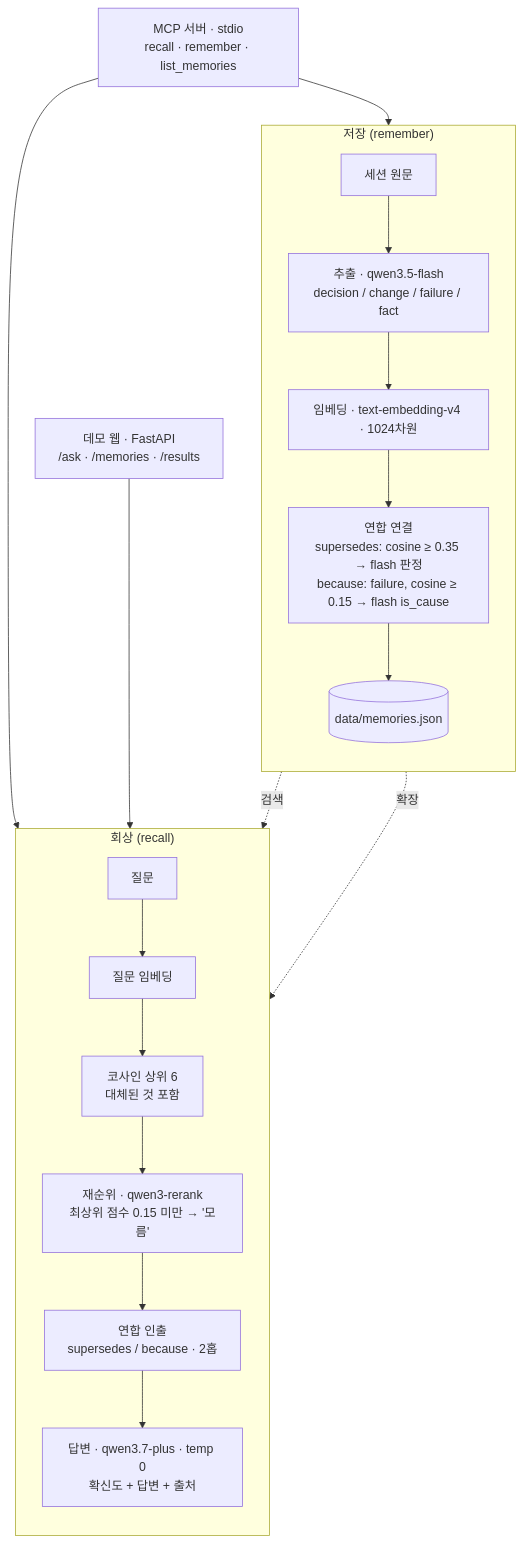
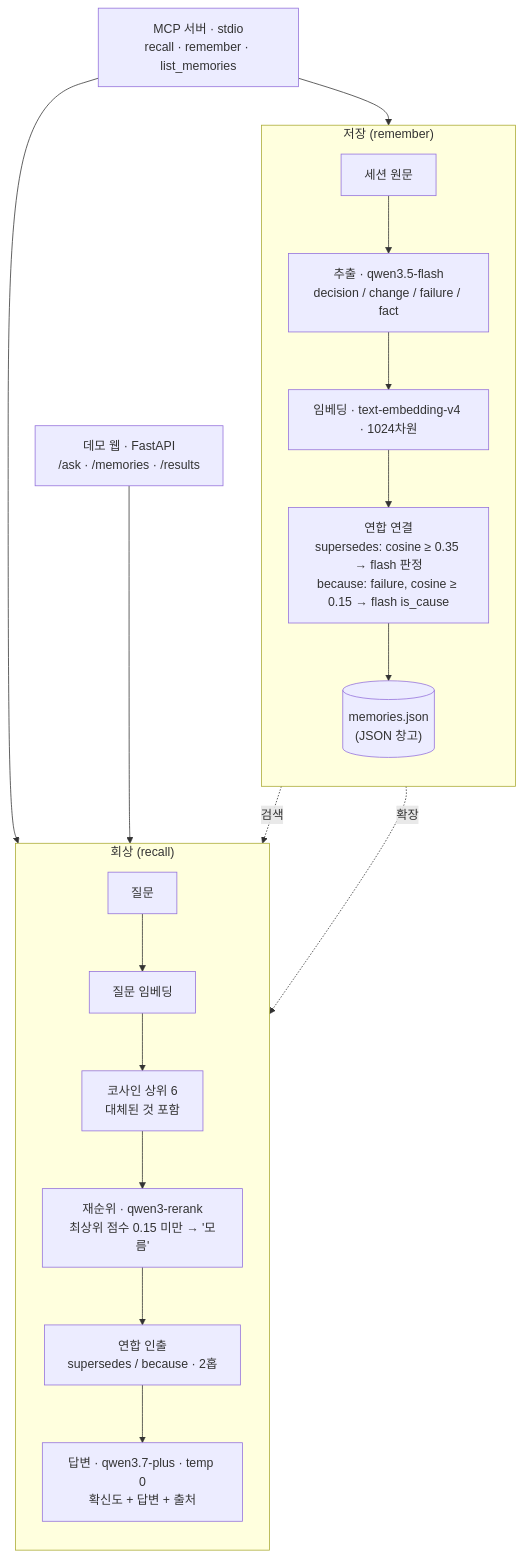
One commit to jsiksn/mnemosure changed the diagram in README.ko.md. Above: the diagram before and after it, drawn with Mermaid. The commit also changed other lines of this file and 14 other files, not shown here.

````diff
--- a/README.ko.md
+++ b/README.ko.md
@@ -24,28 +24,28 @@
 ```mermaid
 flowchart TB
     MCP["MCP 서버 · stdio<br/>recall · remember · list_memories"]
     WEB["데모 웹 · FastAPI<br/>/ask · /memories · /results"]
 
     subgraph Ingest["저장 (remember)"]
         direction TB
         S["세션 원문"] --> EX["추출 · qwen3.5-flash<br/>decision / change / failure / fact"]
         EX --> EMB1["임베딩 · text-embedding-v4 · 1024차원"]
         EMB1 --> LINK["연합 연결<br/>supersedes: cosine ≥ 0.35 → flash 판정<br/>because: failure, cosine ≥ 0.15 → flash is_cause"]
-        LINK --> STORE[("data/memories.json")]
+        LINK --> STORE[("memories.json<br/>(JSON 창고)")]
     end
 
     subgraph Recall["회상 (recall)"]
         direction TB
         Q["질문"] --> EMB2["질문 임베딩"]
         EMB2 --> COS["코사인 상위 6<br/>대체된 것 포함"]
         COS --> RR["재순위 · qwen3-rerank<br/>최상위 점수 0.15 미만 → '모름'"]
         RR --> EXP["연합 인출<br/>supersedes / because · 2홉"]
         EXP --> ANS["답변 · qwen3.7-plus · temp 0<br/>확신도 + 답변 + 출처"]
     end
 
     MCP --> S
     MCP --> Q
     WEB --> Q
     STORE -. 검색 .-> COS
     STORE -. 확장 .-> EXP
 ```
````
